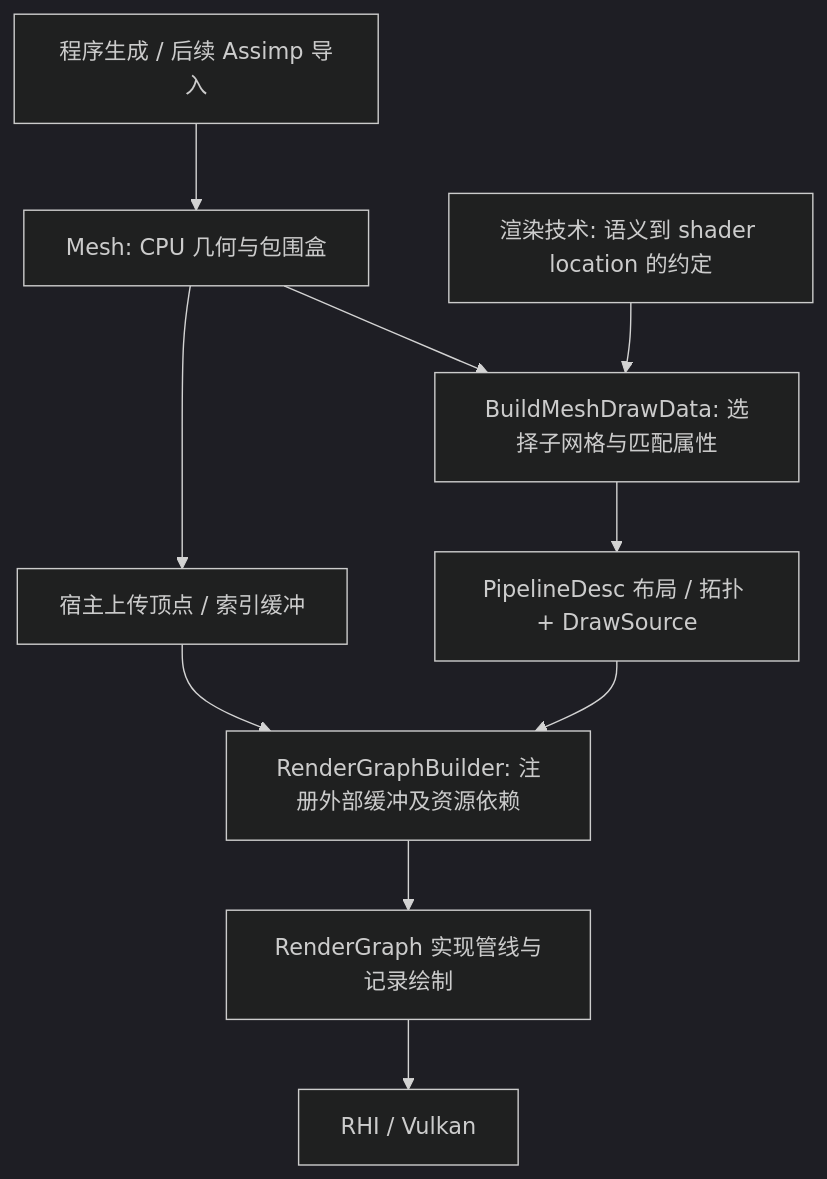
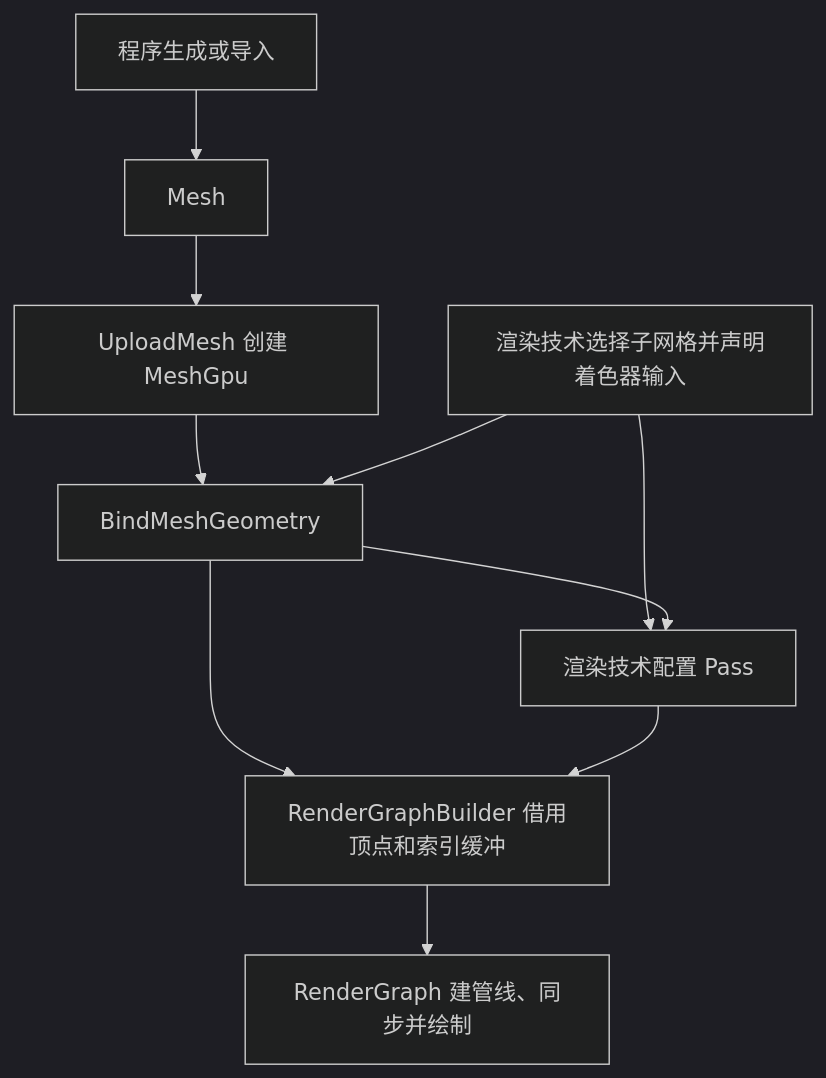
The diagram in docs/Mesh设计与渲染对接.md (dswerer/Engine_0), drawn with Mermaid (dark theme) before and after one commit. The commit also changed other lines of this file and 22 other files, not shown here.

Commit message:
feat(mesh): upload static geometry and expose indirect draw metadata

````diff
--- a/docs/Mesh设计与渲染对接.md
+++ b/docs/Mesh设计与渲染对接.md
@@ -11,12 +17,12 @@
 ```mermaid
 flowchart TD
-    A[程序生成 / 后续 Assimp 导入] --> B[Mesh: CPU 几何与包围盒]
-    B --> C[BuildMeshDrawData: 选择子网格与匹配属性]
-    T[渲染技术: 语义到 shader location 的约定] --> C
-    B --> U[宿主上传顶点 / 索引缓冲]
-    U --> G[RenderGraphBuilder: 注册外部缓冲及资源依赖]
-    C --> P[PipelineDesc 布局 / 拓扑 + DrawSource]
+    A[程序生成或导入] --> B[Mesh]
+    B --> U[UploadMesh 创建 MeshGpu]
+    U --> C[BindMeshGeometry]
+    T[渲染技术选择子网格并声明着色器输入] --> C
+    T --> P[渲染技术配置 Pass]
+    C --> P
+    C --> G[RenderGraphBuilder 借用顶点和索引缓冲]
     P --> G
-    G --> R[RenderGraph 实现管线与记录绘制]
-    R --> H[RHI / Vulkan]
+    G --> R[RenderGraph 建管线、同步并绘制]
 ```
````
